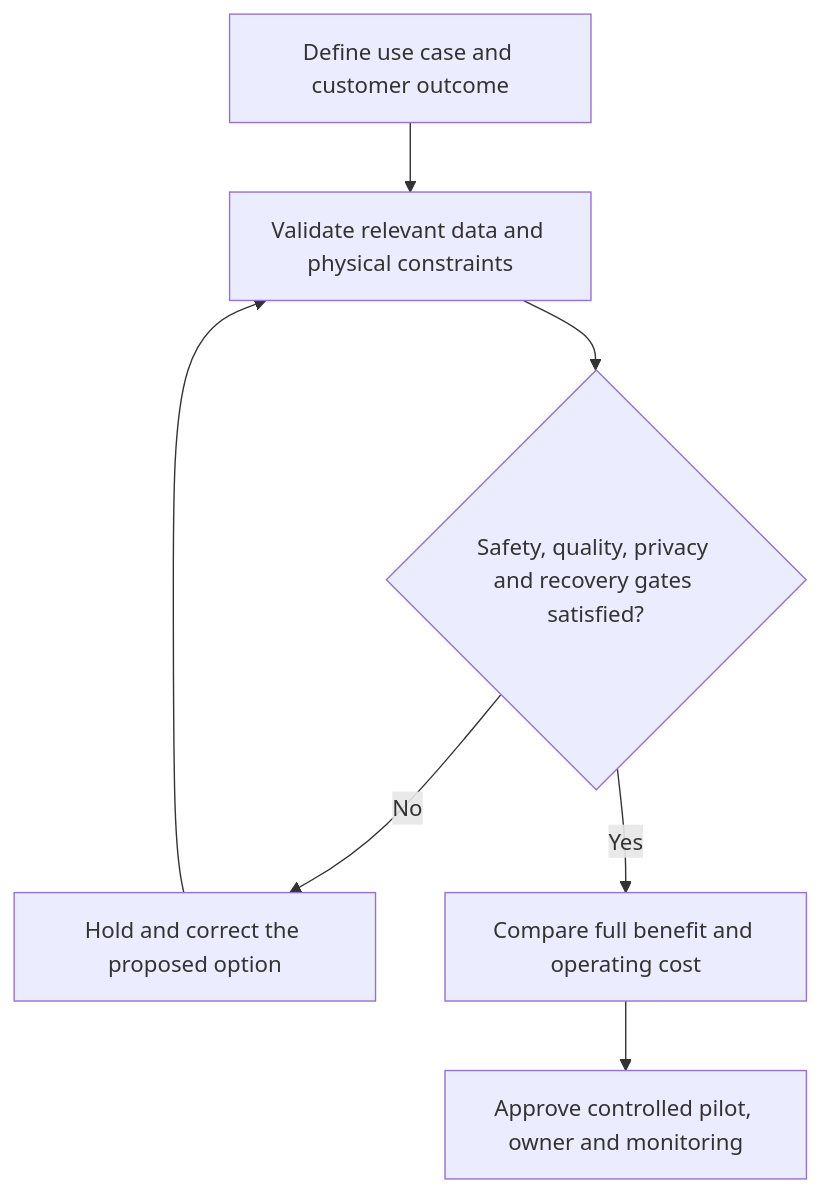
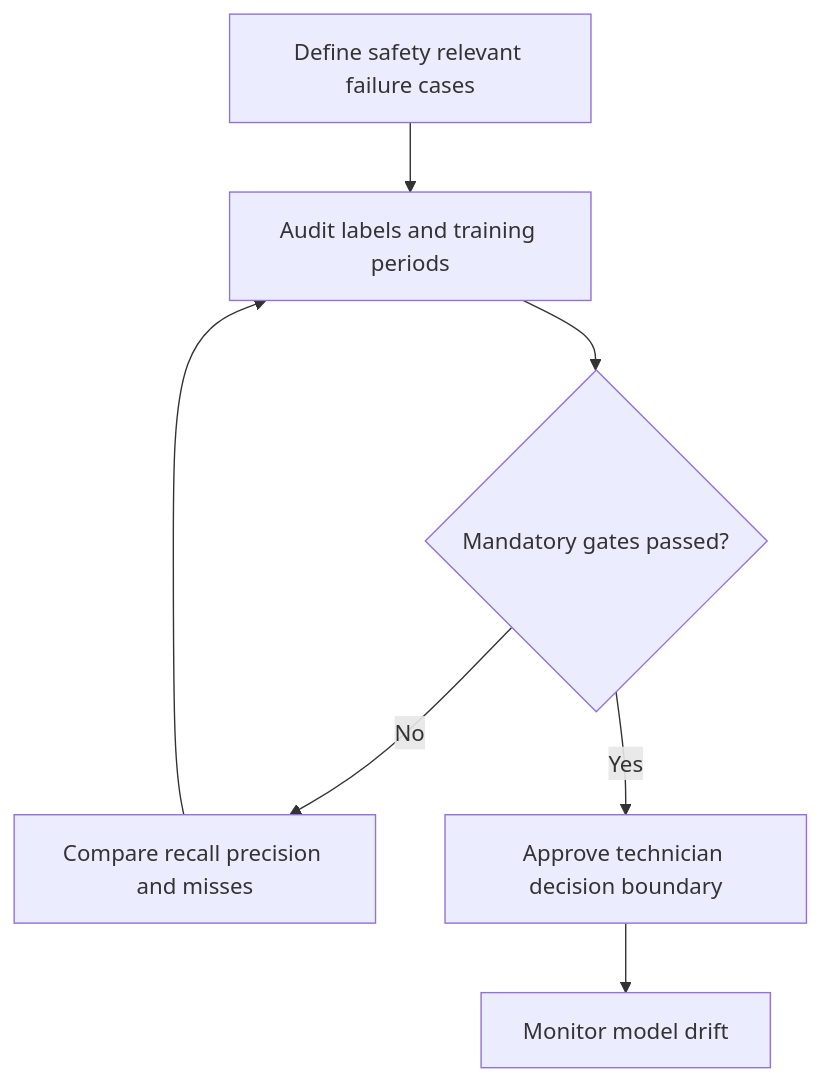
The diagram in 08-optimization-sustainability-technology/section-c-technology-trends/02-ai-machine-learning-and-data-analytics.md (theleanx/SupplyChain-Design-Notes), drawn with Mermaid before and after one commit. The commit also changed other lines of this file and 8 other files, not shown here.

````diff
--- a/08-optimization-sustainability-technology/section-c-technology-trends/02-ai-machine-learning-and-data-analytics.md
+++ b/08-optimization-sustainability-technology/section-c-technology-trends/02-ai-machine-learning-and-data-analytics.md
@@ -38,9 +38,9 @@
 ```mermaid
 flowchart TD
-    A[Define use case and customer outcome] --> B[Validate relevant data and physical constraints]
-    B --> C{Safety, quality, privacy and recovery gates satisfied?}
-    C -- No --> D[Hold and correct the proposed option]
+    A[Define safety relevant failure cases] --> B[Audit labels and training periods]
+    B --> C{Mandatory gates passed?}
+    C -- No --> D[Compare recall precision and misses]
     D --> B
-    C -- Yes --> E[Compare full benefit and operating cost]
-    E --> F[Approve controlled pilot, owner and monitoring]
+    C -- Yes --> E[Approve technician decision boundary]
+    E --> F[Monitor model drift]
 ```
````
